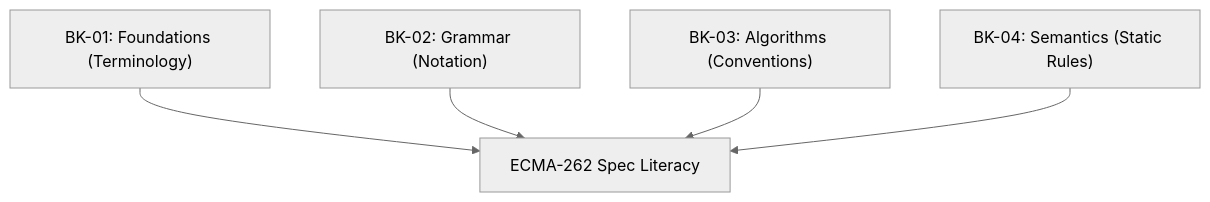
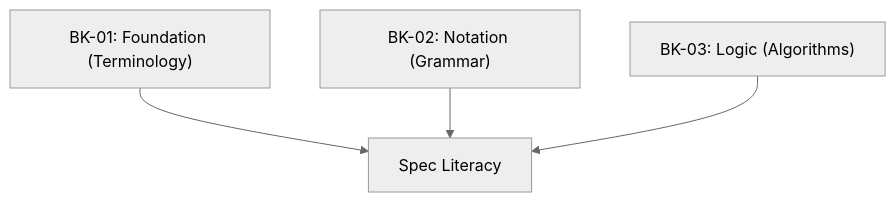
Before and after one commit to syahputrawork98-sketch/JavaScript-Learning-Hub: the diagram in RAK-04-core-specification/SR-01-spec-algorithm-conventions/README.md, drawn with Mermaid (neutral theme). The commit also changed other lines of this file and 38 other files, not shown here.

````diff
--- a/RAK-04-core-specification/SR-01-spec-algorithm-conventions/README.md
+++ b/RAK-04-core-specification/SR-01-spec-algorithm-conventions/README.md
@@ -9,7 +13,6 @@
 ```mermaid
 graph TD
-    P1["BK-01: Foundations (Terminology)"] --> Core["ECMA-262 Spec Literacy"]
-    P2["BK-02: Grammar (Notation)"] --> Core
-    P3["BK-03: Algorithms (Conventions)"] --> Core
-    P4["BK-04: Semantics (Static Rules)"] --> Core
+    P1["BK-01: Foundation (Terminology)"] --> Core["Spec Literacy"]
+    P2["BK-02: Notation (Grammar)"] --> Core
+    P3["BK-03: Logic (Algorithms)"] --> Core
 ```
````
